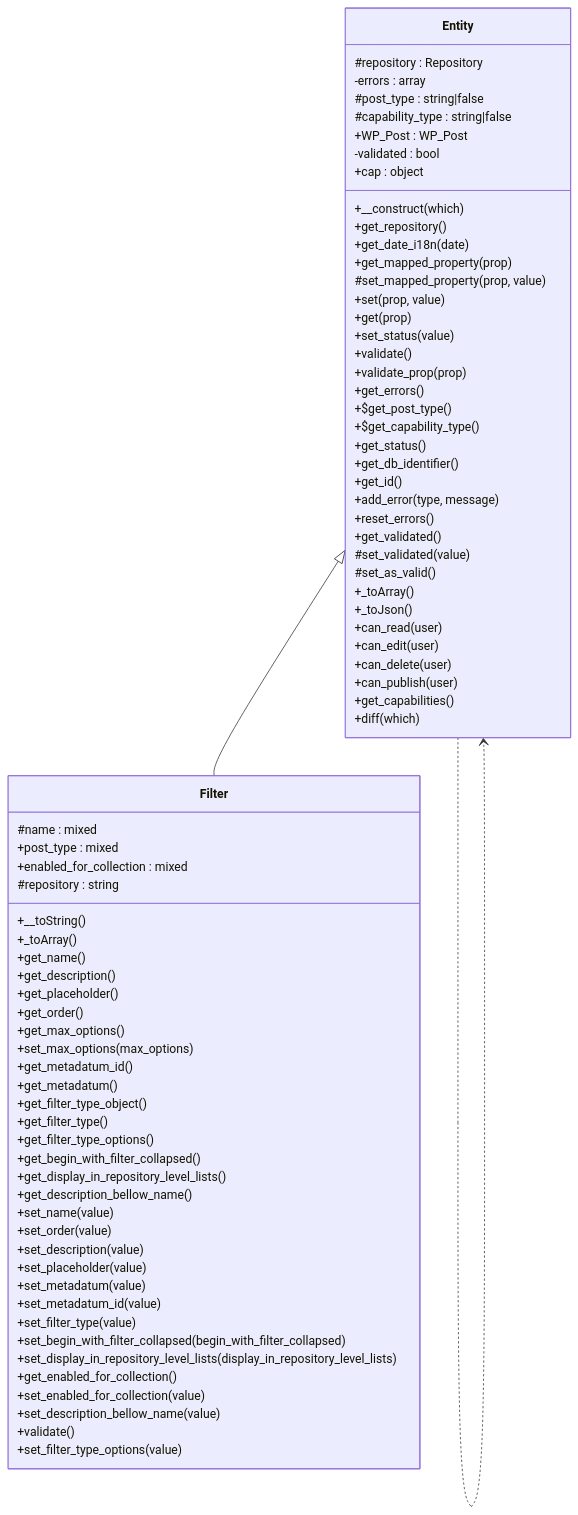
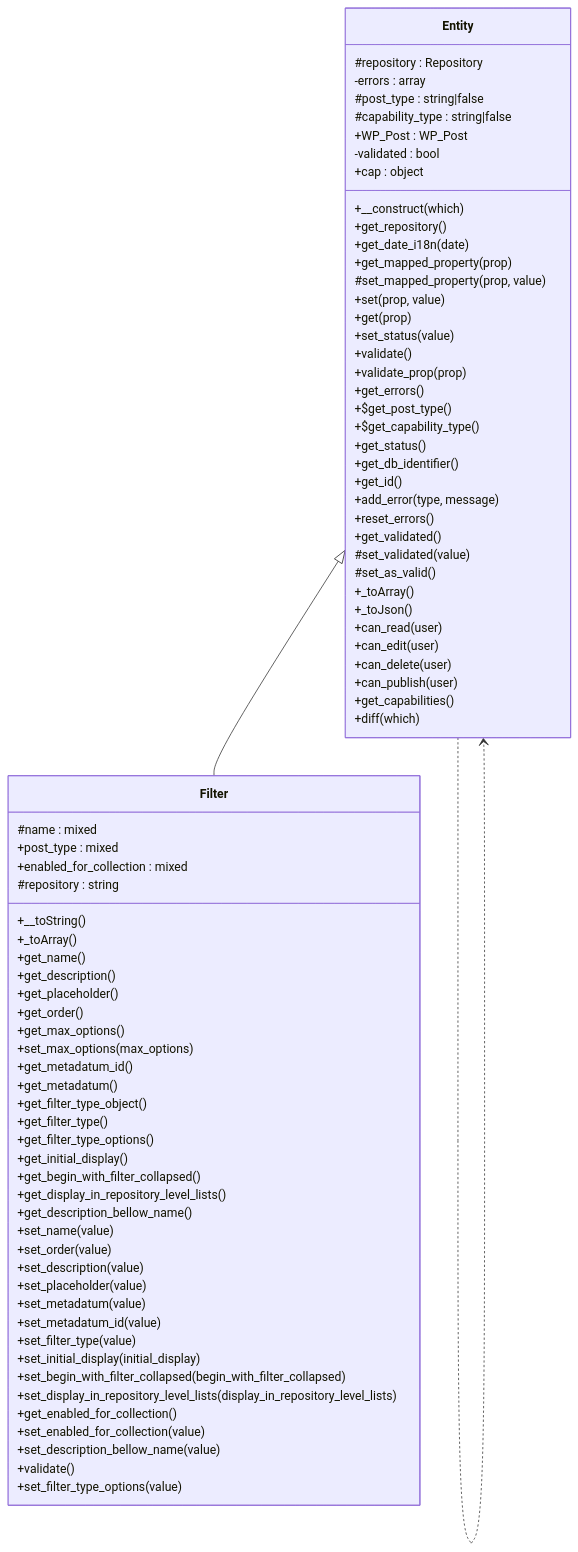
The diagram in docs/phpdoc/classes/Tainacan/Entities/Filter.mmd (tainacan/tainacan), drawn with Mermaid before and after one commit. The commit also changed 5 other files, not shown here.

```diff
--- a/docs/phpdoc/classes/Tainacan/Entities/Filter.mmd
+++ b/docs/phpdoc/classes/Tainacan/Entities/Filter.mmd
@@ -1,78 +1,80 @@
 classDiagram
     direction TB
     class Entity {
         #repository : Repository
         -errors : array
         #post_type : string|false
         #capability_type : string|false
         +WP_Post : WP_Post
         -validated : bool
         +cap : object
         +__construct(which)
         +get_repository()
         +get_date_i18n(date)
         +get_mapped_property(prop)
         #set_mapped_property(prop, value)
         +set(prop, value)
         +get(prop)
         +set_status(value)
         +validate()
         +validate_prop(prop)
         +get_errors()
         +$get_post_type()
         +$get_capability_type()
         +get_status()
         +get_db_identifier()
         +get_id()
         +add_error(type, message)
         +reset_errors()
         +get_validated()
         #set_validated(value)
         #set_as_valid()
         +_toArray()
         +_toJson()
         +can_read(user)
         +can_edit(user)
         +can_delete(user)
         +can_publish(user)
         +get_capabilities()
         +diff(which)
     }
     class Filter {
         #name : mixed
         +post_type : mixed
         +enabled_for_collection : mixed
         #repository : string
         +__toString()
         +_toArray()
         +get_name()
         +get_description()
         +get_placeholder()
         +get_order()
         +get_max_options()
         +set_max_options(max_options)
         +get_metadatum_id()
         +get_metadatum()
         +get_filter_type_object()
         +get_filter_type()
         +get_filter_type_options()
+        +get_initial_display()
         +get_begin_with_filter_collapsed()
         +get_display_in_repository_level_lists()
         +get_description_bellow_name()
         +set_name(value)
         +set_order(value)
         +set_description(value)
         +set_placeholder(value)
         +set_metadatum(value)
         +set_metadatum_id(value)
         +set_filter_type(value)
+        +set_initial_display(initial_display)
         +set_begin_with_filter_collapsed(begin_with_filter_collapsed)
         +set_display_in_repository_level_lists(display_in_repository_level_lists)
         +get_enabled_for_collection()
         +set_enabled_for_collection(value)
         +set_description_bellow_name(value)
         +validate()
         +set_filter_type_options(value)
     }
     Entity ..> Entity
     Entity <|-- Filter
```
